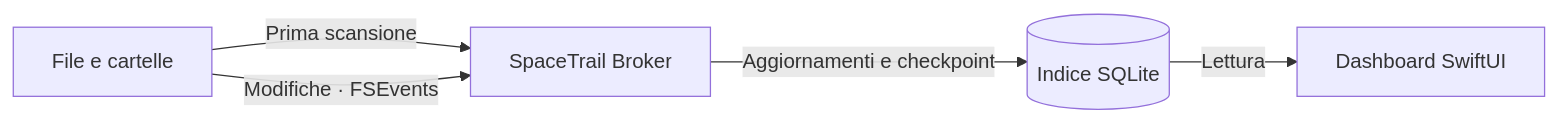
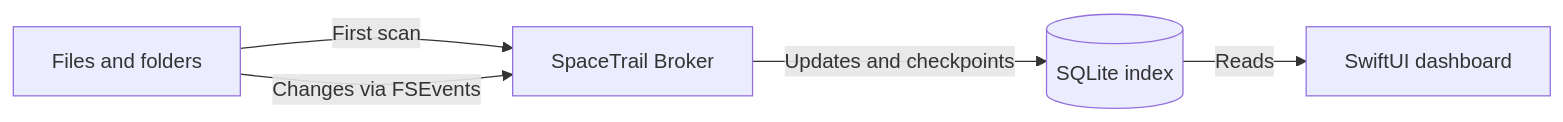
One commit to saropuglisi/SpaceTrail changed the diagram in README.md. Above: the diagram before and after it, drawn with Mermaid. The commit also changed other lines of this file and 27 other files, not shown here.

Commit message:
Translate SpaceTrail to English

````diff
--- a/README.md
+++ b/README.md
@@ -52,7 +52,7 @@
 ```mermaid
 flowchart LR
-    Disk["File e cartelle"] -->|"Prima scansione"| Broker["SpaceTrail Broker"]
-    Disk -->|"Modifiche · FSEvents"| Broker
-    Broker -->|"Aggiornamenti e checkpoint"| Index[("Indice SQLite")]
-    Index -->|"Lettura"| App["Dashboard SwiftUI"]
+    Disk["Files and folders"] -->|"First scan"| Broker["SpaceTrail Broker"]
+    Disk -->|"Changes via FSEvents"| Broker
+    Broker -->|"Updates and checkpoints"| Index[("SQLite index")]
+    Index -->|"Reads"| App["SwiftUI dashboard"]
 ```
````
